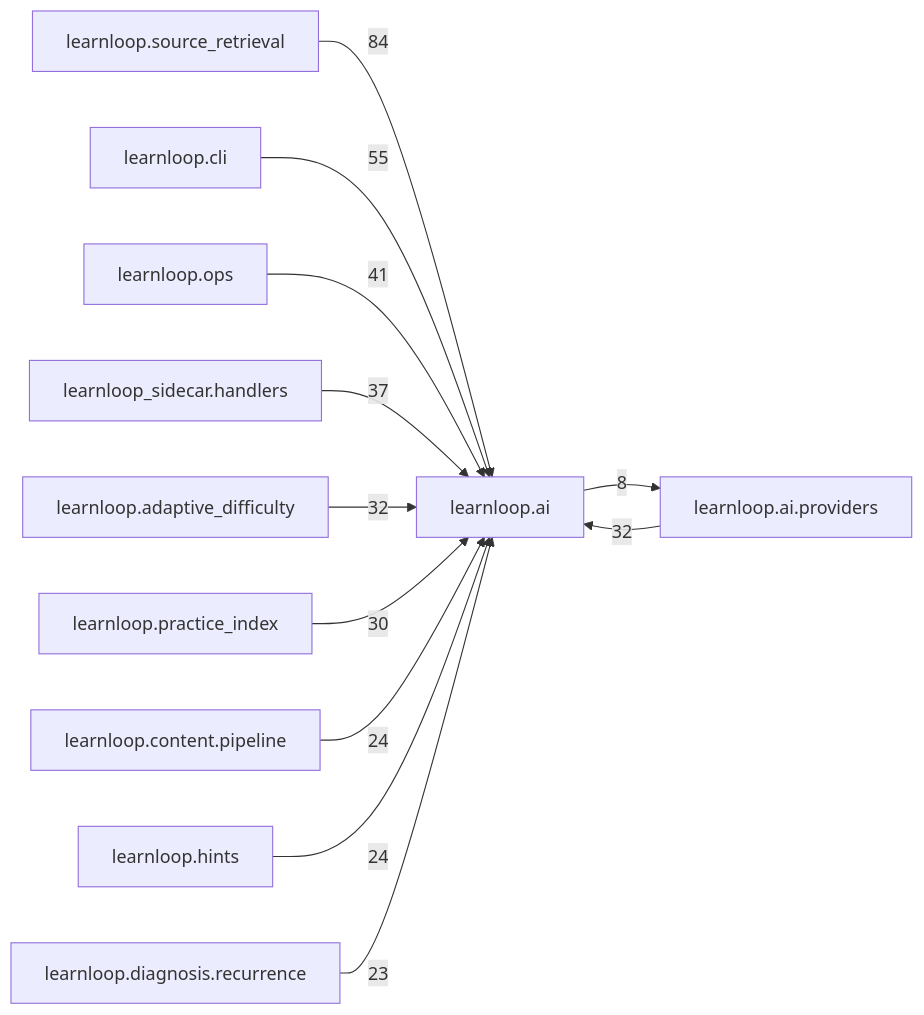
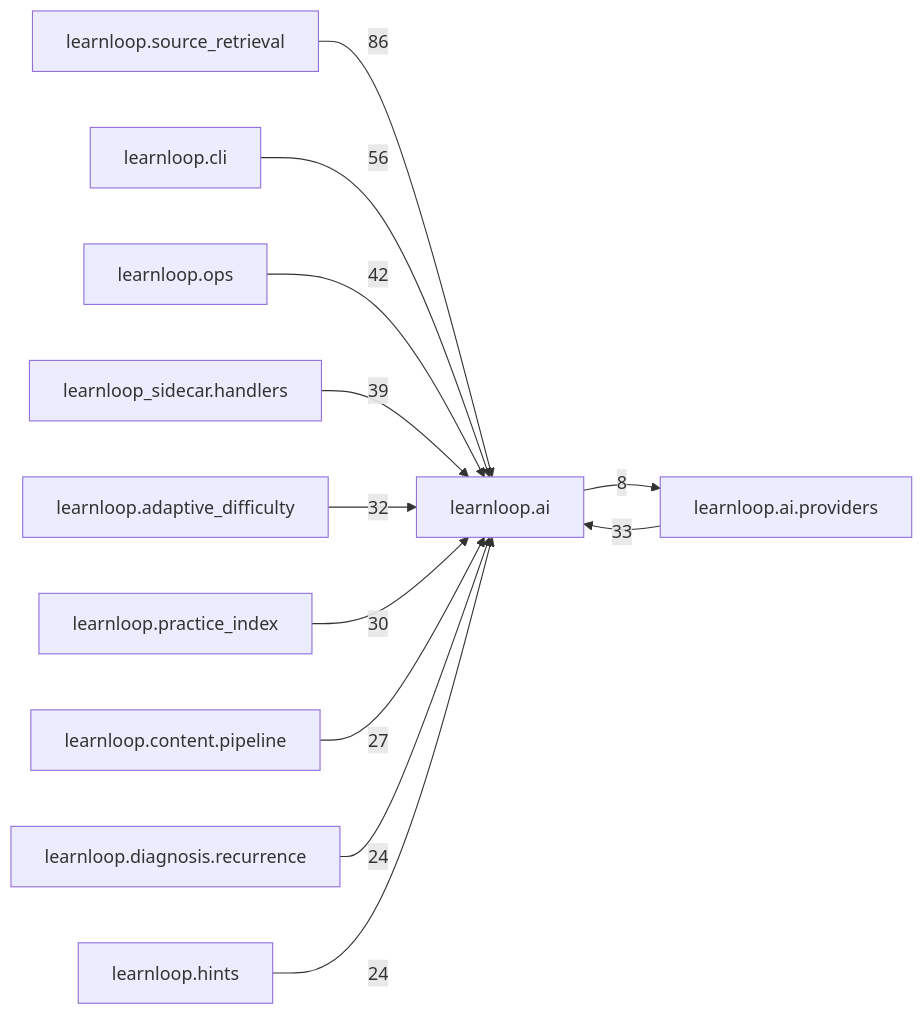
Before and after one commit to 6up-b/learnanything: the diagram in docs/learnloop-architecture-vault/Reference/Modules/learnloop/ai/_package.md, drawn with Mermaid. The commit also changed other lines of this file and 85 other files, not shown here.

````diff
--- a/docs/learnloop-architecture-vault/Reference/Modules/learnloop/ai/_package.md
+++ b/docs/learnloop-architecture-vault/Reference/Modules/learnloop/ai/_package.md
@@ -163,25 +165,25 @@
 ```mermaid
 flowchart LR
     center["learnloop.ai"]
     n_learnloop_source_retrieval["learnloop.source_retrieval"]
     n_learnloop_cli["learnloop.cli"]
     n_learnloop_ops["learnloop.ops"]
     n_learnloop_ai_providers["learnloop.ai.providers"]
     n_learnloop_sidecar_handlers["learnloop_sidecar.handlers"]
     n_learnloop_adaptive_difficulty["learnloop.adaptive_difficulty"]
     n_learnloop_practice_index["learnloop.practice_index"]
     n_learnloop_content_pipeline["learnloop.content.pipeline"]
+    n_learnloop_diagnosis_recurrence["learnloop.diagnosis.recurrence"]
     n_learnloop_hints["learnloop.hints"]
-    n_learnloop_diagnosis_recurrence["learnloop.diagnosis.recurrence"]
-    n_learnloop_source_retrieval -->|84| center
-    n_learnloop_cli -->|55| center
-    n_learnloop_ops -->|41| center
-    n_learnloop_ai_providers -->|32| center
+    n_learnloop_source_retrieval -->|86| center
+    n_learnloop_cli -->|56| center
+    n_learnloop_ops -->|42| center
+    n_learnloop_ai_providers -->|33| center
     center -->|8| n_learnloop_ai_providers
-    n_learnloop_sidecar_handlers -->|37| center
+    n_learnloop_sidecar_handlers -->|39| center
     n_learnloop_adaptive_difficulty -->|32| center
     n_learnloop_practice_index -->|30| center
-    n_learnloop_content_pipeline -->|24| center
+    n_learnloop_content_pipeline -->|27| center
+    n_learnloop_diagnosis_recurrence -->|24| center
     n_learnloop_hints -->|24| center
-    n_learnloop_diagnosis_recurrence -->|23| center
 ```
````
